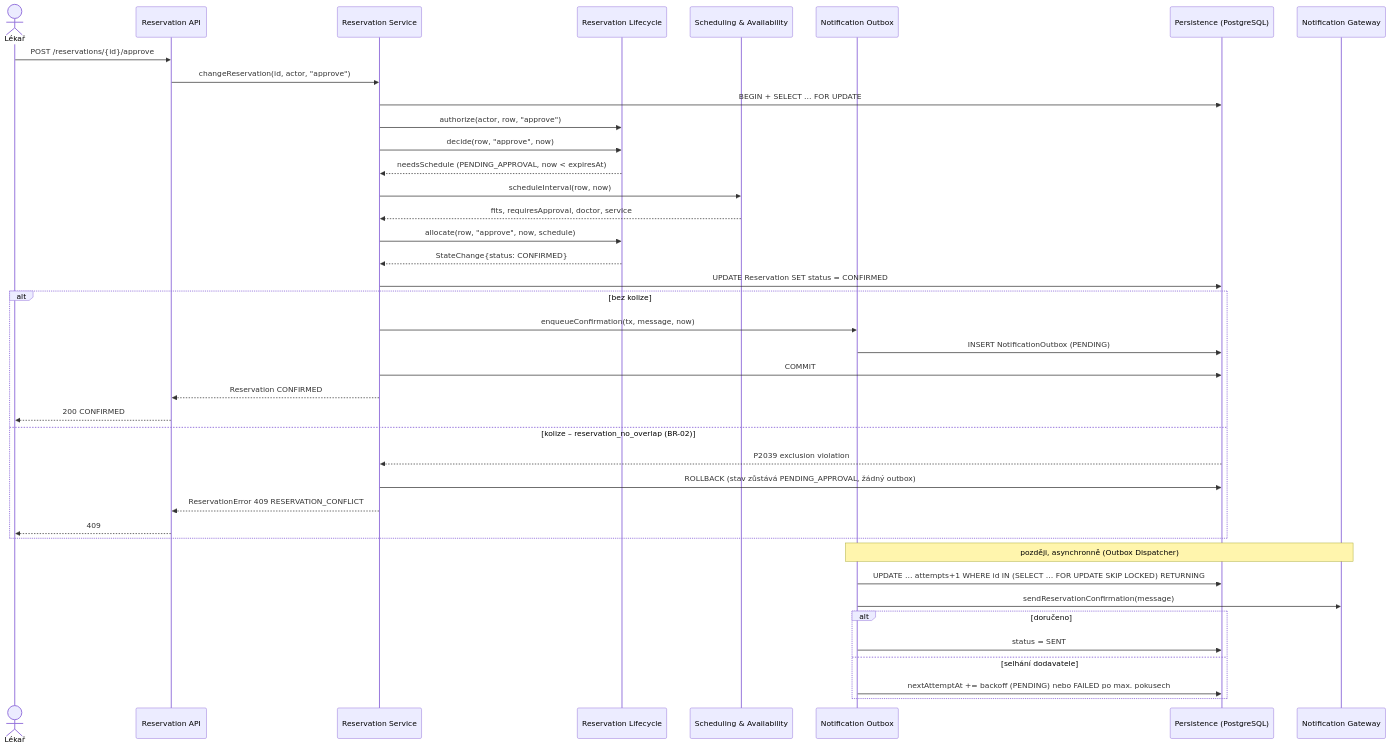
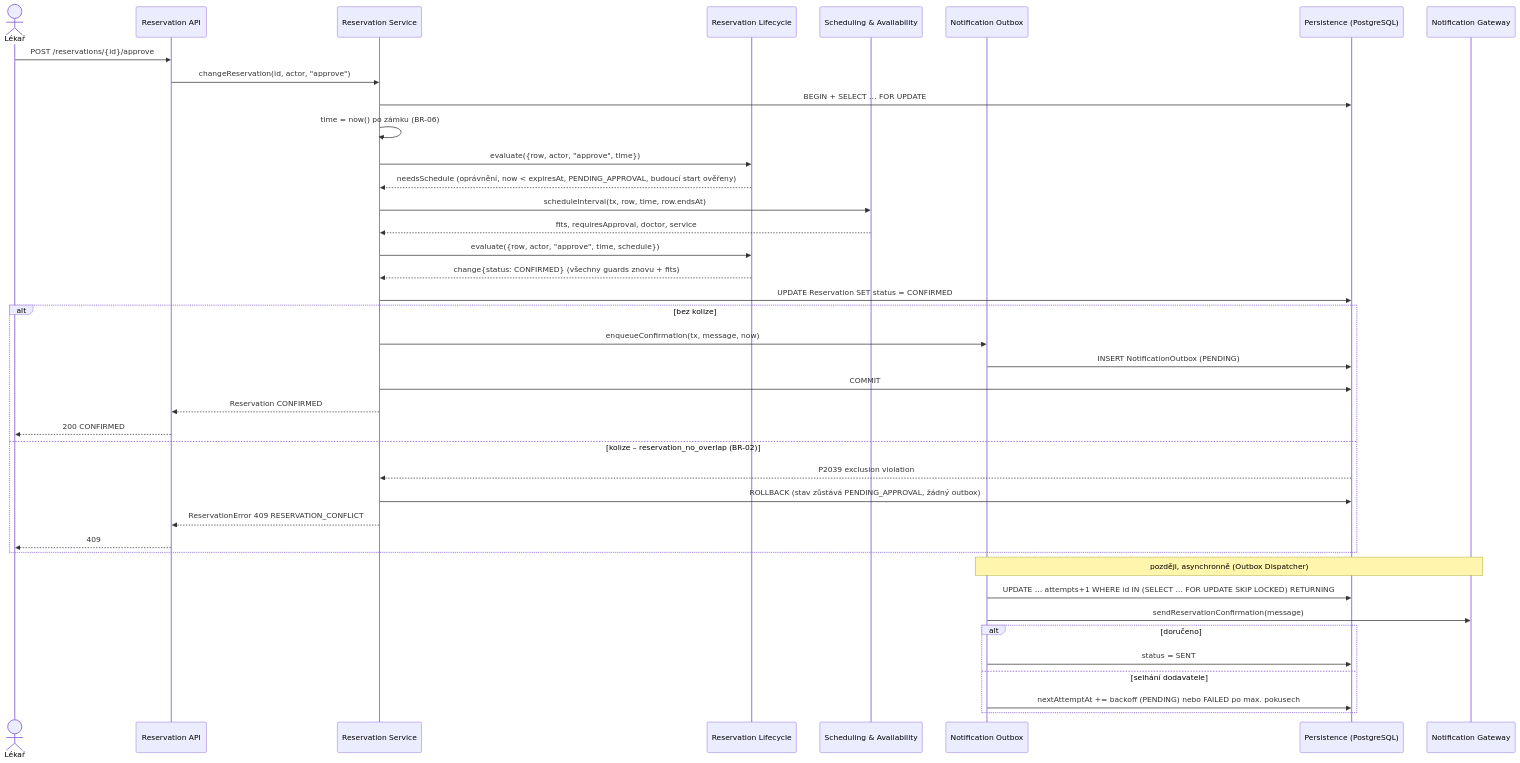
Before and after one commit to ethanjojo/reservationsystem-swi: the fifth of 6 diagrams in docs/c03/architecture.md, drawn with Mermaid. The commit also changed other lines of this file and 1 other file, not shown here.

First line of the commit message:
docs: align C03 views and ADR-007 with C05 evaluate contract (C06 F2)

````diff
--- a/docs/c03/architecture.md
+++ b/docs/c03/architecture.md
@@ -248,42 +253,42 @@
 ```mermaid
 sequenceDiagram
   actor L as Lékař
   participant API as Reservation API
   participant SVC as Reservation Service
   participant LC as Reservation Lifecycle
   participant AV as Scheduling & Availability
   participant OB as Notification Outbox
   participant DB as Persistence (PostgreSQL)
   participant GW as Notification Gateway
   L->>API: POST /reservations/{id}/approve
   API->>SVC: changeReservation(id, actor, "approve")
   SVC->>DB: BEGIN + SELECT … FOR UPDATE
-  SVC->>LC: authorize(actor, row, "approve")
-  SVC->>LC: decide(row, "approve", now)
-  LC-->>SVC: needsSchedule (PENDING_APPROVAL, now < expiresAt)
-  SVC->>AV: scheduleInterval(row, now)
+  SVC->>SVC: time = now() po zámku (BR-06)
+  SVC->>LC: evaluate({row, actor, "approve", time})
+  LC-->>SVC: needsSchedule (oprávnění, now < expiresAt, PENDING_APPROVAL, budoucí start ověřeny)
+  SVC->>AV: scheduleInterval(tx, row, time, row.endsAt)
   AV-->>SVC: fits, requiresApproval, doctor, service
-  SVC->>LC: allocate(row, "approve", now, schedule)
-  LC-->>SVC: StateChange{status: CONFIRMED}
+  SVC->>LC: evaluate({row, actor, "approve", time, schedule})
+  LC-->>SVC: change{status: CONFIRMED} (všechny guards znovu + fits)
   SVC->>DB: UPDATE Reservation SET status = CONFIRMED
   alt bez kolize
     SVC->>OB: enqueueConfirmation(tx, message, now)
     OB->>DB: INSERT NotificationOutbox (PENDING)
     SVC->>DB: COMMIT
     SVC-->>API: Reservation CONFIRMED
     API-->>L: 200 CONFIRMED
   else kolize – reservation_no_overlap (BR-02)
     DB-->>SVC: P2039 exclusion violation
     SVC->>DB: ROLLBACK (stav zůstává PENDING_APPROVAL, žádný outbox)
     SVC-->>API: ReservationError 409 RESERVATION_CONFLICT
     API-->>L: 409
   end
   Note over OB,GW: později, asynchronně (Outbox Dispatcher)
   OB->>DB: UPDATE … attempts+1 WHERE id IN (SELECT … FOR UPDATE SKIP LOCKED) RETURNING
   OB->>GW: sendReservationConfirmation(message)
   alt doručeno
     OB->>DB: status = SENT
   else selhání dodavatele
     OB->>DB: nextAttemptAt += backoff (PENDING) nebo FAILED po max. pokusech
   end
 ```
````
